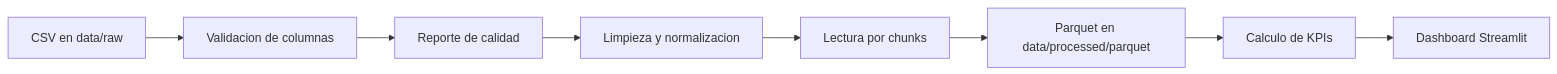
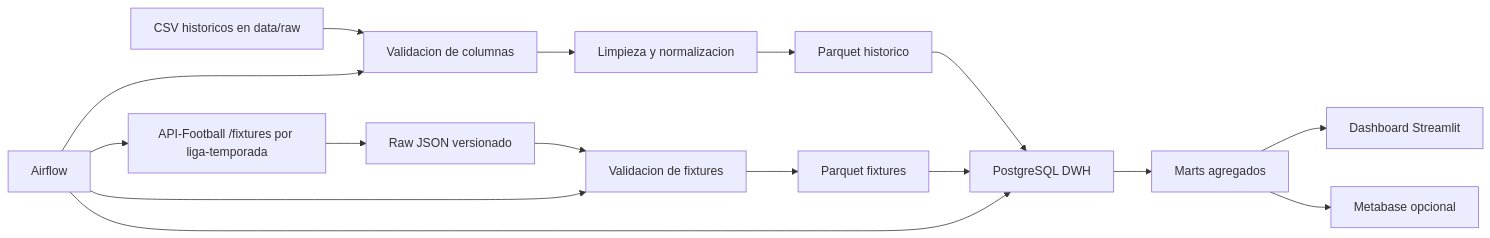
The diagram in docs/arquitectura.md (ramibuente/Tp-ingenieria-software), drawn with Mermaid before and after one commit. The commit also changed other lines of this file and 25 other files, not shown here.

Commit message:
meto api football

````diff
--- a/docs/arquitectura.md
+++ b/docs/arquitectura.md
@@ -13,10 +13,18 @@
 ```mermaid
 flowchart LR
-    A["CSV en data/raw"] --> B["Validacion de columnas"]
-    B --> C["Reporte de calidad"]
-    C --> D["Limpieza y normalizacion"]
-    D --> E["Lectura por chunks"]
-    E --> F["Parquet en data/processed/parquet"]
-    F --> G["Calculo de KPIs"]
+    A["CSV historicos en data/raw"] --> B["Validacion de columnas"]
+    X["API-Football /fixtures por liga-temporada"] --> Y["Raw JSON versionado"]
+    B --> C["Limpieza y normalizacion"]
+    Y --> Z["Validacion de fixtures"]
+    C --> D["Parquet historico"]
+    Z --> E["Parquet fixtures"]
+    D --> F["PostgreSQL DWH"]
+    E --> F
+    F --> G["Marts agregados"]
     G --> H["Dashboard Streamlit"]
+    G --> I["Metabase opcional"]
+    J["Airflow"] --> X
+    J --> B
+    J --> Z
+    J --> F
 ```
````
